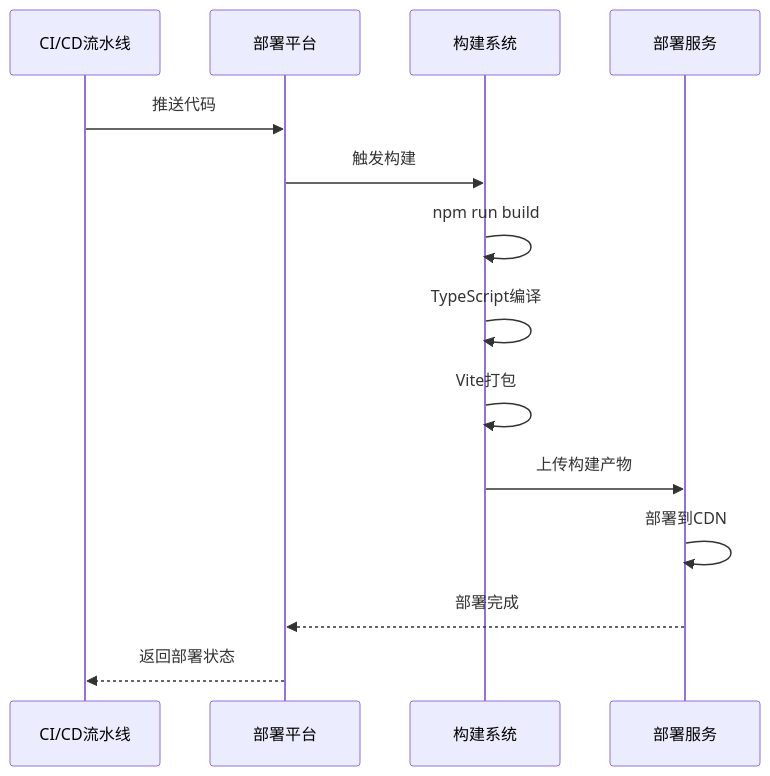
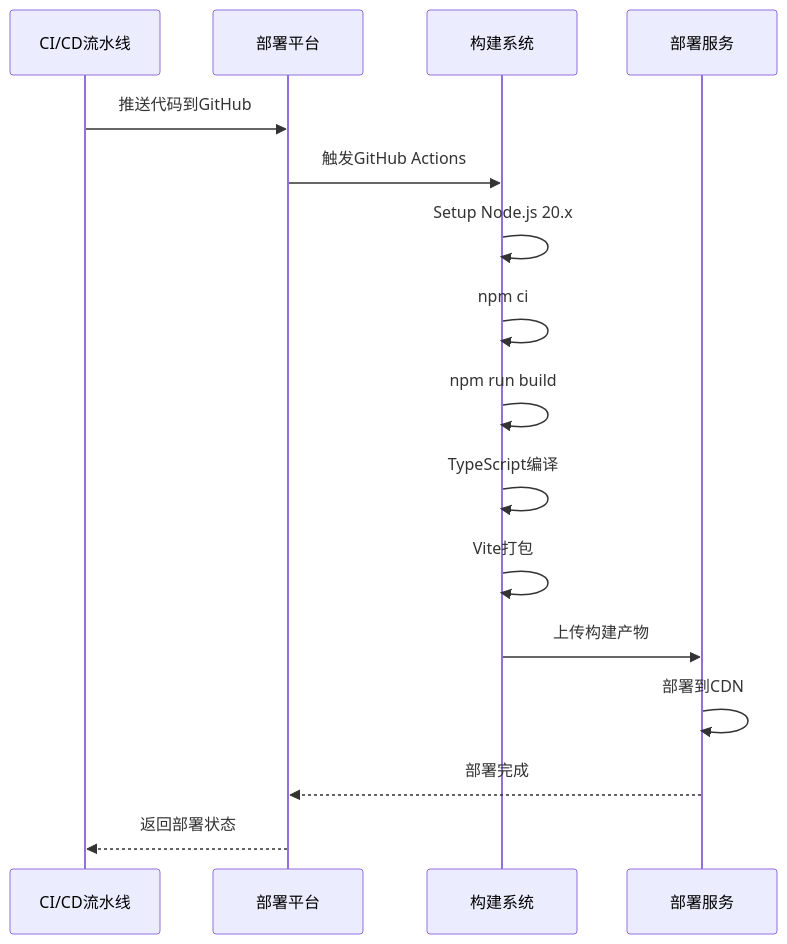
Before and after one commit to liangxuanliang-cmd/carbon-info-agent: the third of 8 diagrams in .qoder/repowiki/zh/content/部署与维护/现代化部署配置.md, drawn with Mermaid. The commit also changed other lines of this file and 5 other files, not shown here.

````diff
--- a/.qoder/repowiki/zh/content/部署与维护/现代化部署配置.md
+++ b/.qoder/repowiki/zh/content/部署与维护/现代化部署配置.md
@@ -212,16 +176,18 @@
 ```mermaid
 sequenceDiagram
 participant CI as CI/CD流水线
 participant Platform as 部署平台
 participant Build as 构建系统
 participant Deploy as 部署服务
-CI->>Platform : 推送代码
-Platform->>Build : 触发构建
+CI->>Platform : 推送代码到GitHub
+Platform->>Build : 触发GitHub Actions
+Build->>Build : Setup Node.js 20.x
+Build->>Build : npm ci
 Build->>Build : npm run build
 Build->>Build : TypeScript编译
 Build->>Build : Vite打包
 Build->>Deploy : 上传构建产物
 Deploy->>Deploy : 部署到CDN
 Deploy-->>Platform : 部署完成
 Platform-->>CI : 返回部署状态
 ```
````
